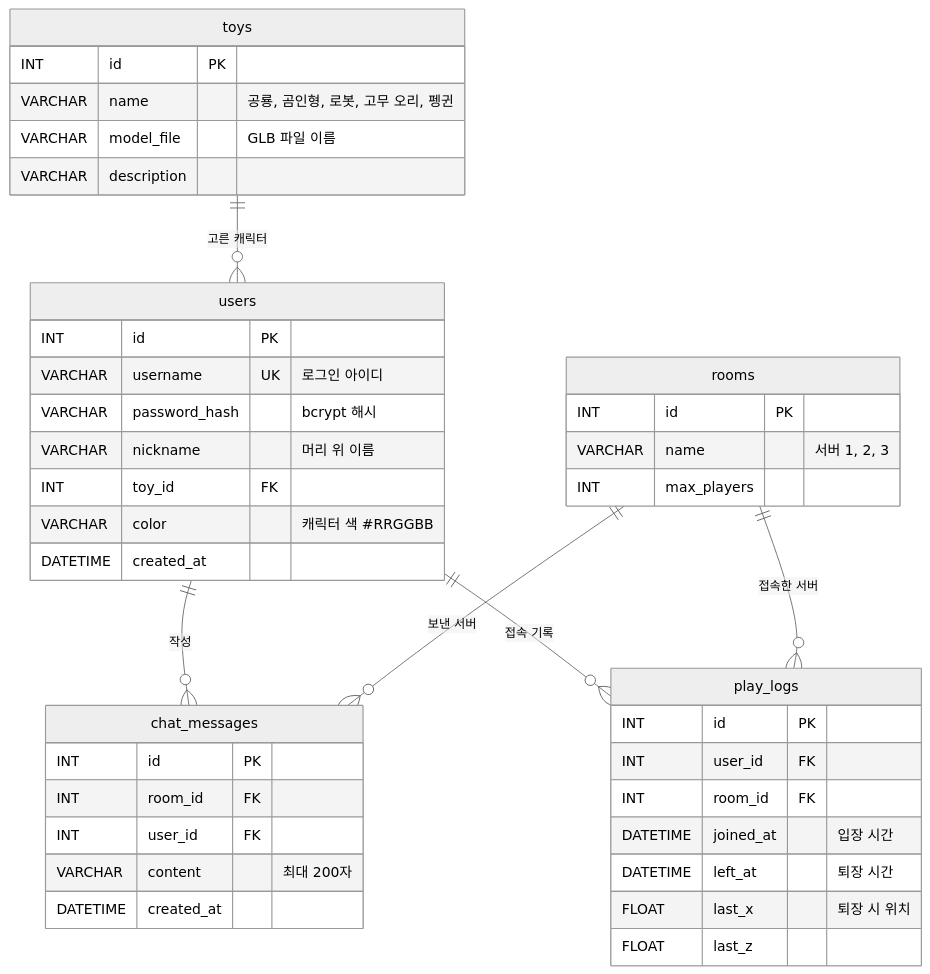
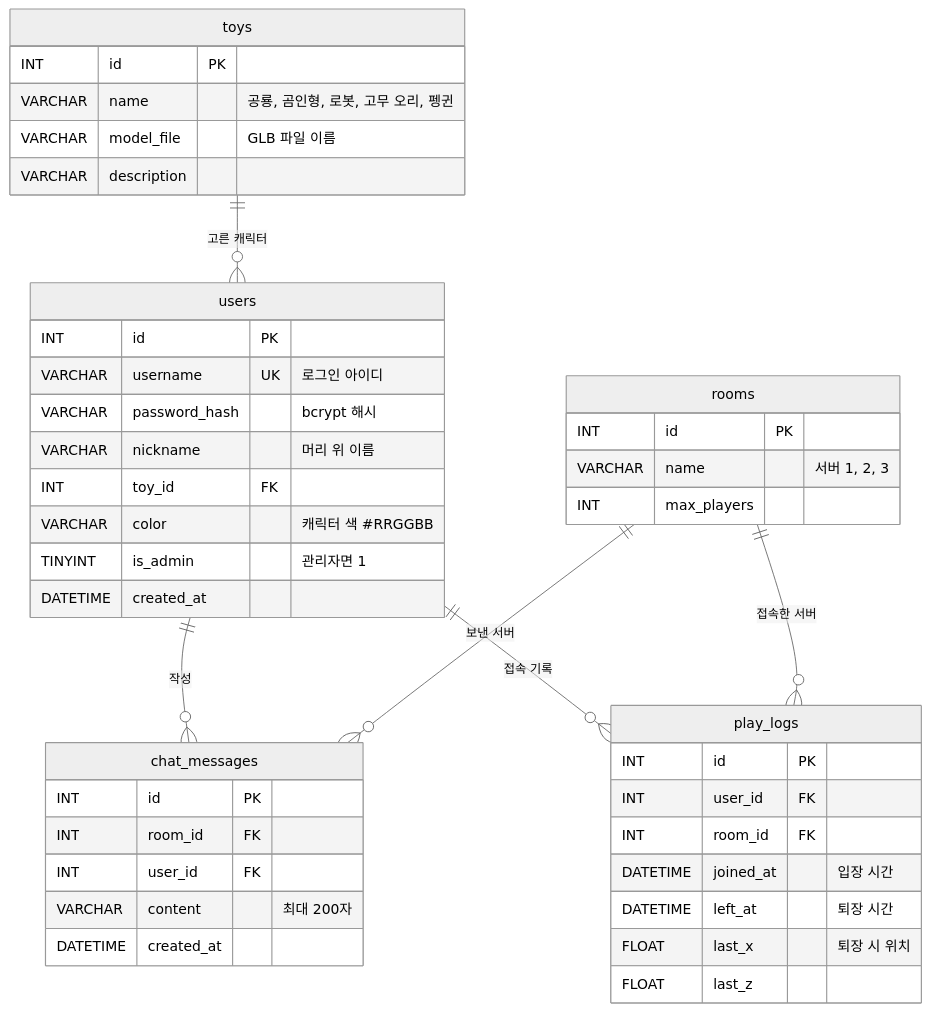
The diagram in README.md (dongpal0825/toy-Playground), drawn with Mermaid (neutral theme) before and after one commit. The commit also changed other lines of this file and 18 other files, not shown here.

Commit message:
관리자 페이지(사용자 목록, 강제 탈퇴, DB 구조 ERD) + 회원 탈퇴 추가, users.is_admin 컬럼

````diff
--- a/README.md
+++ b/README.md
@@ -55,45 +60,46 @@
 ```mermaid
 erDiagram
     toys ||--o{ users : "고른 캐릭터"
     users ||--o{ chat_messages : "작성"
     rooms ||--o{ chat_messages : "보낸 서버"
     users ||--o{ play_logs : "접속 기록"
     rooms ||--o{ play_logs : "접속한 서버"
 
     toys {
         INT id PK
         VARCHAR name "공룡, 곰인형, 로봇, 고무 오리, 펭귄"
         VARCHAR model_file "GLB 파일 이름"
         VARCHAR description
     }
     users {
         INT id PK
         VARCHAR username UK "로그인 아이디"
         VARCHAR password_hash "bcrypt 해시"
         VARCHAR nickname "머리 위 이름"
         INT toy_id FK
         VARCHAR color "캐릭터 색 #RRGGBB"
+        TINYINT is_admin "관리자면 1"
         DATETIME created_at
     }
     rooms {
         INT id PK
         VARCHAR name "서버 1, 2, 3"
         INT max_players
     }
     chat_messages {
         INT id PK
         INT room_id FK
         INT user_id FK
         VARCHAR content "최대 200자"
         DATETIME created_at
     }
     play_logs {
         INT id PK
         INT user_id FK
         INT room_id FK
         DATETIME joined_at "입장 시간"
         DATETIME left_at "퇴장 시간"
         FLOAT last_x "퇴장 시 위치"
         FLOAT last_z
     }
 ```
````
